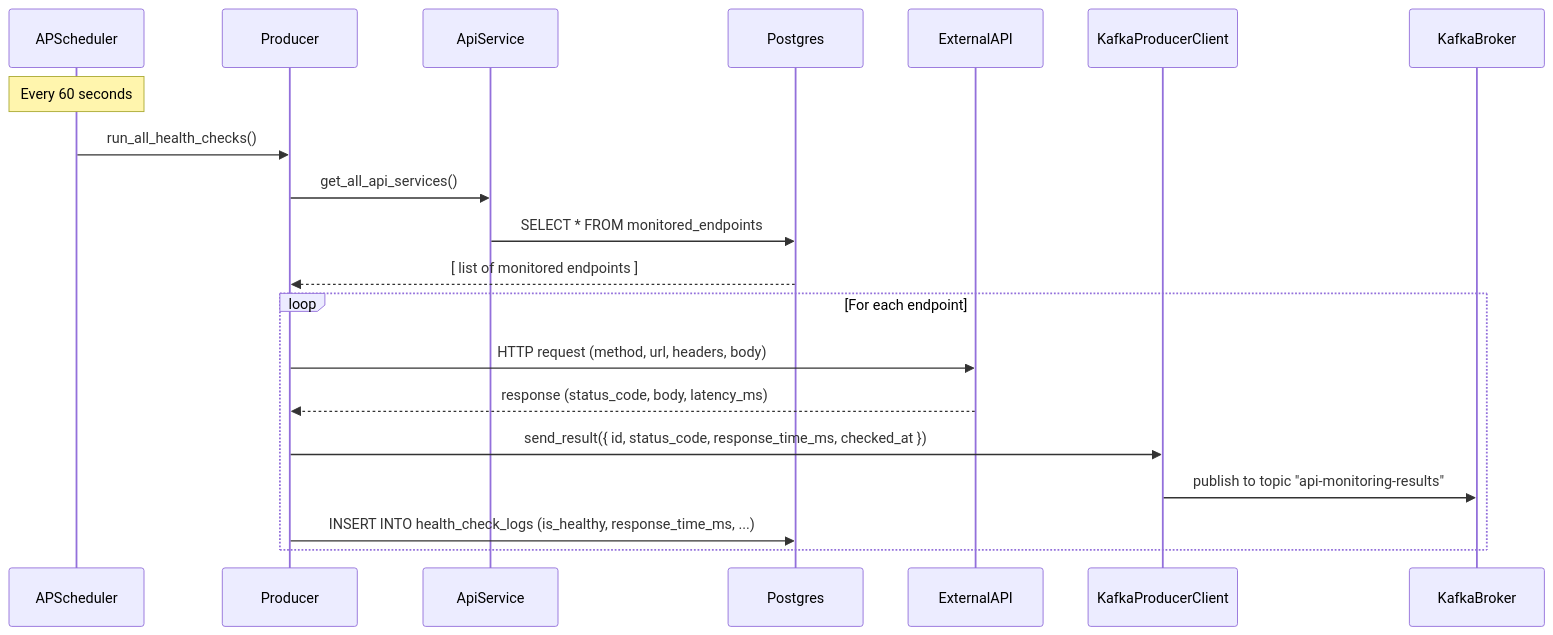
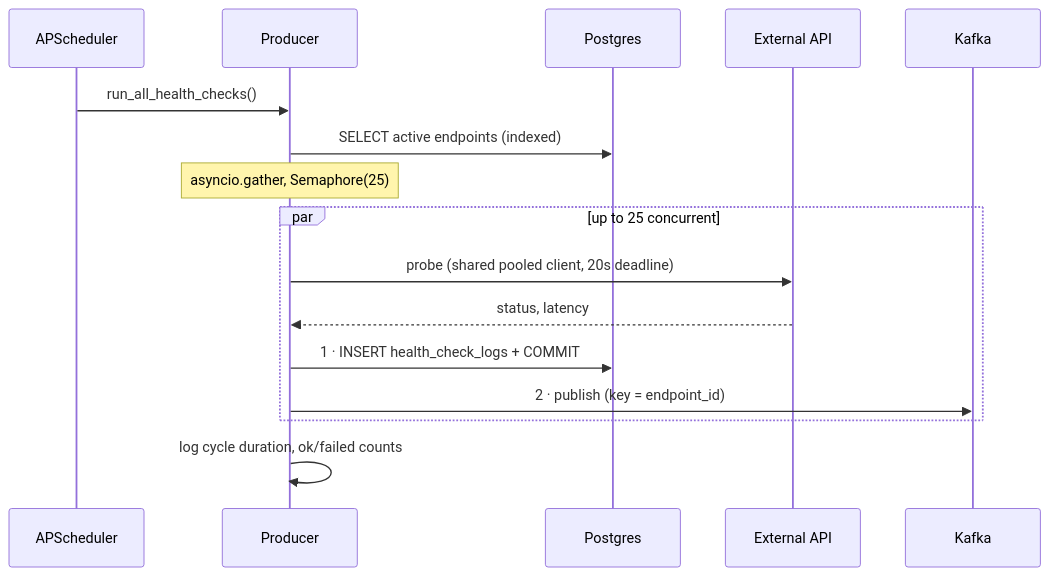
The fourth of 7 diagrams in docs/architecture.md (AryanHayaran/InternalApiMonitoringSystem), drawn with Mermaid before and after one commit. The commit also changed other lines of this file and 6 other files, not shown here.

````diff
--- a/docs/architecture.md
+++ b/docs/architecture.md
@@ -300,24 +323,19 @@
 ```mermaid
 sequenceDiagram
-    participant APScheduler
-    participant Producer
-    participant ApiService
-    participant Postgres
-    participant ExternalAPI
-    participant KafkaProducerClient
-    participant KafkaBroker
+    participant S as APScheduler
+    participant P as Producer
+    participant PG as Postgres
+    participant EXT as External API
+    participant K as Kafka
 
-    Note over APScheduler: Every 60 seconds
-    APScheduler->>Producer: run_all_health_checks()
-    Producer->>ApiService: get_all_api_services()
-    ApiService->>Postgres: SELECT * FROM monitored_endpoints
-    Postgres-->>Producer: [ list of monitored endpoints ]
-
-    loop For each endpoint
-        Producer->>ExternalAPI: HTTP request (method, url, headers, body)
-        ExternalAPI-->>Producer: response (status_code, body, latency_ms)
-        Producer->>KafkaProducerClient: send_result({ id, status_code, response_time_ms, checked_at })
-        KafkaProducerClient->>KafkaBroker: publish to topic "api-monitoring-results"
-        Producer->>Postgres: INSERT INTO health_check_logs (is_healthy, response_time_ms, ...)
+    S->>P: run_all_health_checks()
+    P->>PG: SELECT active endpoints (indexed)
+    Note over P: asyncio.gather, Semaphore(25)
+    par up to 25 concurrent
+        P->>EXT: probe (shared pooled client, 20s deadline)
+        EXT-->>P: status, latency
+        P->>PG: 1 · INSERT health_check_logs + COMMIT
+        P->>K: 2 · publish (key = endpoint_id)
     end
+    P->>P: log cycle duration, ok/failed counts
 ```
````
